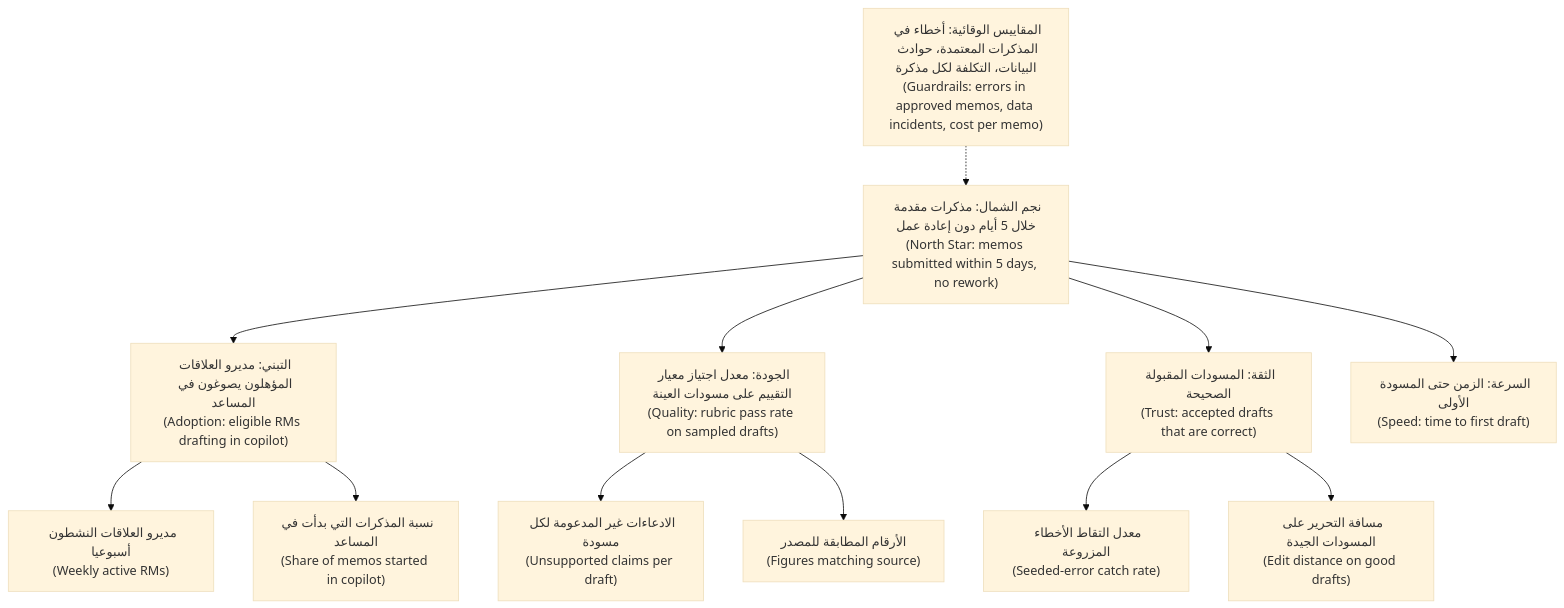
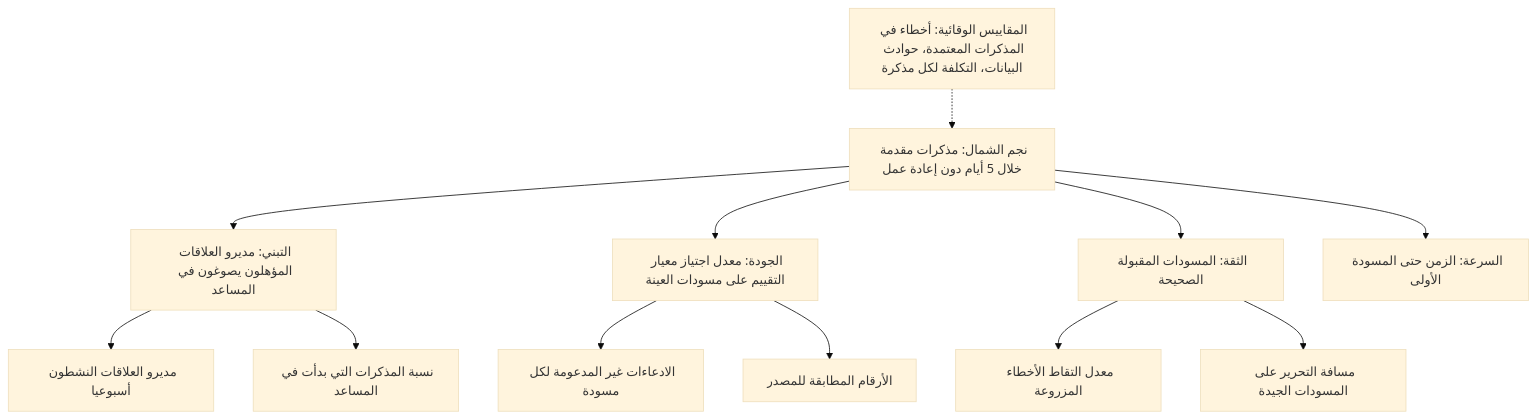
One commit to Tamoura/system-design-for-vibe-coders changed the first of 3 diagrams in aipm/modules/08-metrics.ar.md. Above: the diagram before and after it, drawn with Mermaid (base theme). The commit also changed other lines of this file and 551 other files, not shown here.

````diff
--- a/aipm/modules/08-metrics.ar.md
+++ b/aipm/modules/08-metrics.ar.md
@@ -84,15 +84,15 @@
 ```mermaid
 flowchart TD
-    NS["نجم الشمال: مذكرات مقدمة خلال 5 أيام دون إعادة عمل<br/>(North Star: memos submitted within 5 days, no rework)"]
-    NS --> A["التبني: مديرو العلاقات المؤهلون يصوغون في المساعد<br/>(Adoption: eligible RMs drafting in copilot)"]
-    NS --> Q["الجودة: معدل اجتياز معيار التقييم على مسودات العينة<br/>(Quality: rubric pass rate on sampled drafts)"]
-    NS --> T["الثقة: المسودات المقبولة الصحيحة<br/>(Trust: accepted drafts that are correct)"]
-    NS --> S["السرعة: الزمن حتى المسودة الأولى<br/>(Speed: time to first draft)"]
-    A --> A1["مديرو العلاقات النشطون أسبوعيا<br/>(Weekly active RMs)"]
-    A --> A2["نسبة المذكرات التي بدأت في المساعد<br/>(Share of memos started in copilot)"]
-    Q --> Q1["الادعاءات غير المدعومة لكل مسودة<br/>(Unsupported claims per draft)"]
-    Q --> Q2["الأرقام المطابقة للمصدر<br/>(Figures matching source)"]
-    T --> T1["معدل التقاط الأخطاء المزروعة<br/>(Seeded-error catch rate)"]
-    T --> T2["مسافة التحرير على المسودات الجيدة<br/>(Edit distance on good drafts)"]
-    G["المقاييس الوقائية: أخطاء في المذكرات المعتمدة، حوادث البيانات، التكلفة لكل مذكرة<br/>(Guardrails: errors in approved memos, data incidents, cost per memo)"] -.-> NS
+    NS["نجم الشمال: مذكرات مقدمة خلال 5 أيام دون إعادة عمل"]
+    NS --> A["التبني: مديرو العلاقات المؤهلون يصوغون في المساعد"]
+    NS --> Q["الجودة: معدل اجتياز معيار التقييم على مسودات العينة"]
+    NS --> T["الثقة: المسودات المقبولة الصحيحة"]
+    NS --> S["السرعة: الزمن حتى المسودة الأولى"]
+    A --> A1["مديرو العلاقات النشطون أسبوعيا"]
+    A --> A2["نسبة المذكرات التي بدأت في المساعد"]
+    Q --> Q1["الادعاءات غير المدعومة لكل مسودة"]
+    Q --> Q2["الأرقام المطابقة للمصدر"]
+    T --> T1["معدل التقاط الأخطاء المزروعة"]
+    T --> T2["مسافة التحرير على المسودات الجيدة"]
+    G["المقاييس الوقائية: أخطاء في المذكرات المعتمدة، حوادث البيانات، التكلفة لكل مذكرة"] -.-> NS
 ```
````
